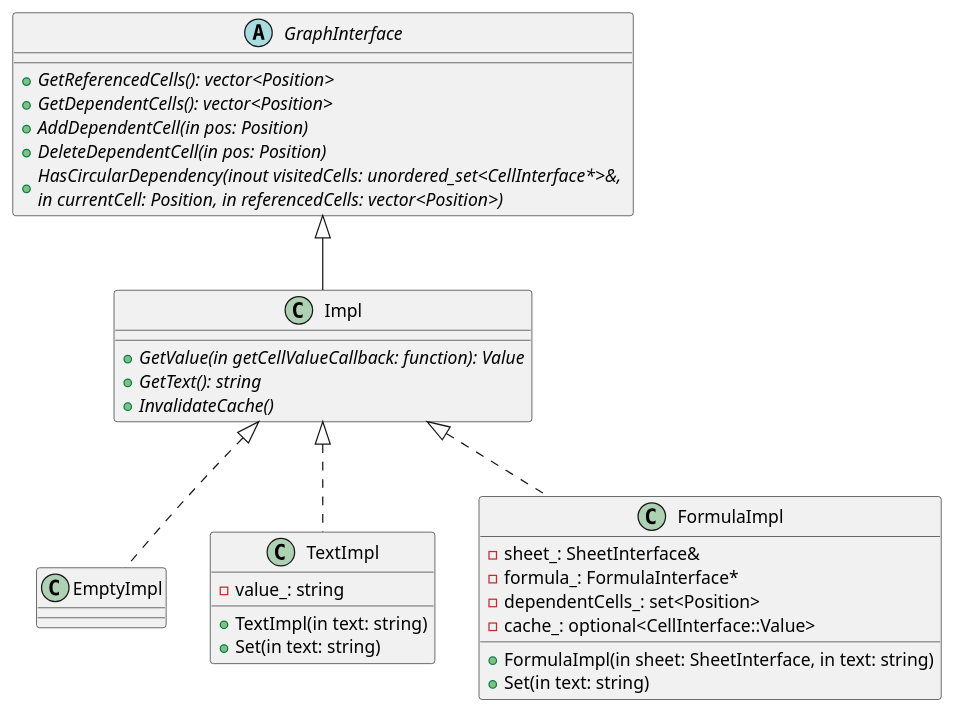
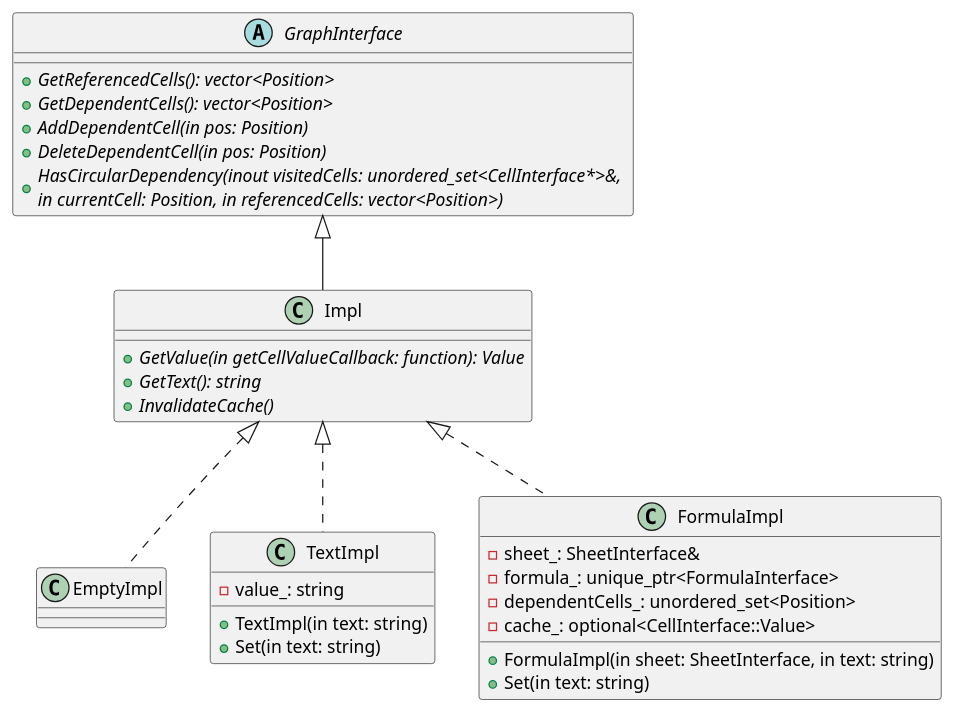
Before and after one commit to kazarynau/YandexPraktikumFinal: the diagram in uml/cellImpl.puml, drawn with PlantUML. The commit also changed 7 other files, not shown here.

```diff
--- a/uml/cellImpl.puml
+++ b/uml/cellImpl.puml
@@ -2,41 +2,42 @@
 @startuml
 
 abstract class GraphInterface {
     +{abstract} GetReferencedCells(): vector<Position>
     +{abstract} GetDependentCells(): vector<Position>
     +{abstract} AddDependentCell(in pos: Position)
     +{abstract} DeleteDependentCell(in pos: Position)
     +{abstract} HasCircularDependency(inout visitedCells: unordered_set<CellInterface*>&, \nin currentCell: Position, in referencedCells: vector<Position>)
 }
 
 abstract class Impl {
     +{abstract} GetValue(in getCellValueCallback: function): Value
     +{abstract} GetText(): string
     +{abstract} InvalidateCache()
 }
 
 class Impl extends GraphInterface
 
 class EmptyImpl {
 }
 
 class TextImpl {
     +TextImpl(in text: string)
     +Set(in text: string)
     -value_: string
 }
 
 class FormulaImpl {
     +FormulaImpl(in sheet: SheetInterface, in text: string)
     +Set(in text: string)
+
     -sheet_: SheetInterface&
-    -formula_: FormulaInterface*
-    -dependentCells_: set<Position>
+    -formula_: unique_ptr<FormulaInterface>
+    -dependentCells_: unordered_set<Position>
     -cache_: optional<CellInterface::Value>
 }
 
 class EmptyImpl implements Impl
 class TextImpl implements Impl
 class FormulaImpl implements Impl
 
 @enduml
```
